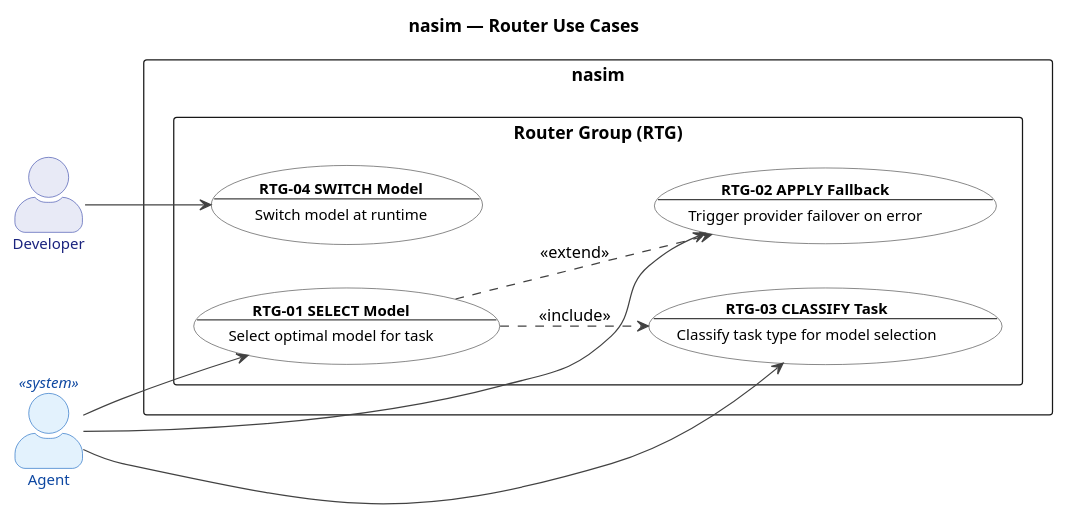
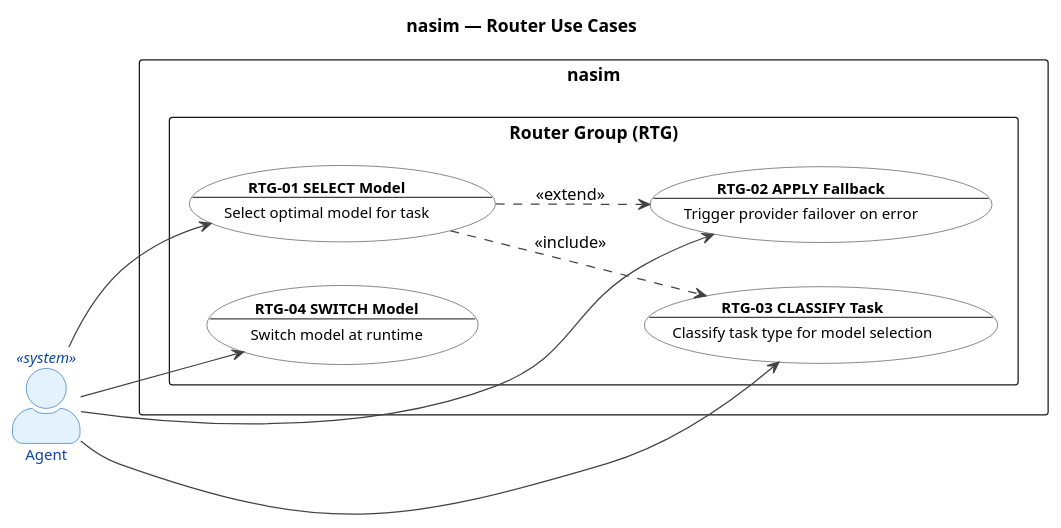
One commit to salimnamvar/nasim changed the fourth of 22 diagrams in UC.md. Above: the diagram before and after it, drawn with PlantUML. The commit also changed other lines of this file and 9 other files, not shown here.

```diff
--- a/UC.md
+++ b/UC.md
@@ -419,78 +455,77 @@
 @startuml uc_router
 
 ' ============================================================
 ' Title:     nasim — UC: Router Group
 ' Group:     RTG (Model Router)
 ' Boundary:  nasim code agent
 ' Purpose:   Model selection, fallback chains, task classification
 ' Milestone: v1.0
 ' Version:   6.0.0
 ' Source:    docs/ENTITIES.md
 ' Review:    docs/audit/audit.2026.06.20.uc-layer.car.md
 ' ============================================================
 
 left to right direction
 
 title nasim — Router Use Cases
 
 skinparam actorStyle awesome
 skinparam packageStyle rectangle
 
 skinparam usecase {
   BackgroundColor #FFFFFF
   BorderColor #424242
   FontColor #000000
   ArrowColor #424242
   FontSize 12
 }
 
 skinparam actor {
   BackgroundColor #E8EAF6
   BorderColor #3949AB
   FontColor #1A237E
   FontSize 12
 }
 
 skinparam actor<<system>> {
   BackgroundColor #E3F2FD
   BorderColor #1565C0
   FontColor #0D47A1
 }
 
 ' ============================================================
 ' Actors
 ' ============================================================
 
 actor "Agent" as Agent <<system>>
-actor "Developer" as Developer
 
 ' ============================================================
 ' System Boundary
 ' ============================================================
 
 rectangle "nasim" {
   package "Router Group (RTG)" {
     usecase "**RTG-01 SELECT Model**\n--\nSelect optimal model for task" as RTG01
     usecase "**RTG-02 APPLY Fallback**\n--\nTrigger provider failover on error" as RTG02
     usecase "**RTG-03 CLASSIFY Task**\n--\nClassify task type for model selection" as RTG03
     usecase "**RTG-04 SWITCH Model**\n--\nSwitch model at runtime" as RTG04
   }
 }
 
 ' ============================================================
 ' Actor -> Use Case Associations
 ' ============================================================
 
 Agent --> RTG01
 Agent --> RTG02
 Agent --> RTG03
-Developer --> RTG04
+Agent --> RTG04
 
 ' ============================================================
 ' Relationships
 ' ============================================================
 
 RTG01 ..> RTG03 : <<include>>
 RTG01 ..> RTG02 : <<extend>>
 
 @enduml
```
